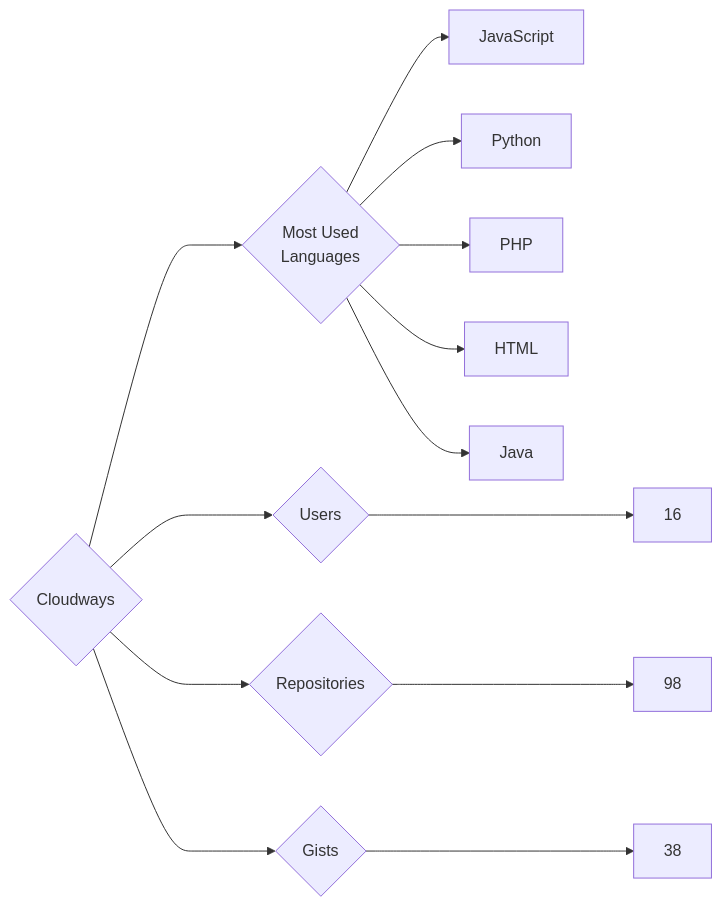
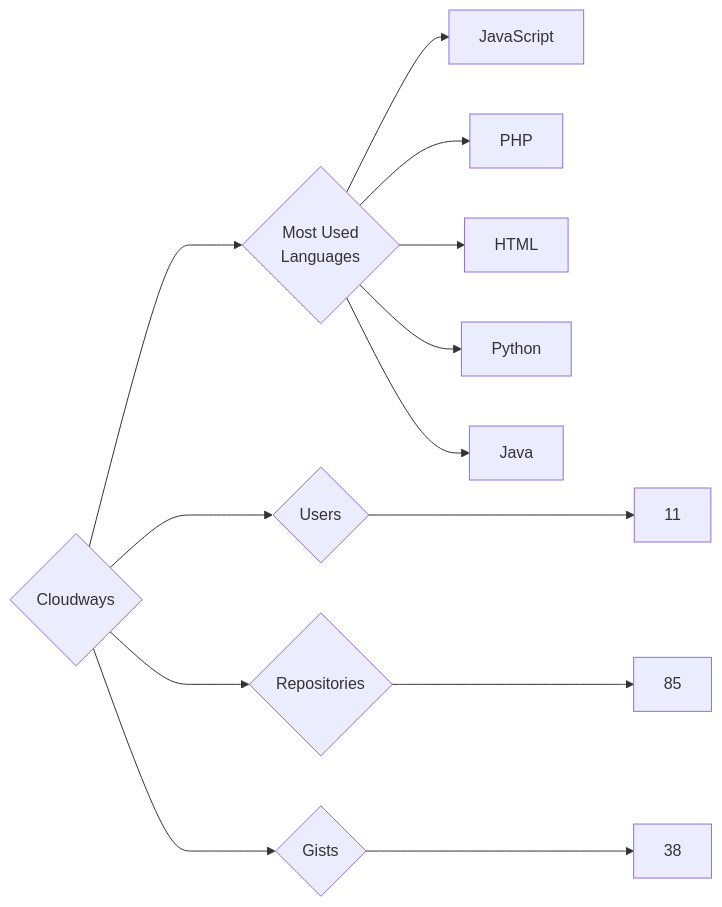
The diagram in targets/Cloudways/README.md (trickest/insiders), drawn with Mermaid before and after one commit. The commit also changed 934 other files, not shown here.

````diff
--- a/targets/Cloudways/README.md
+++ b/targets/Cloudways/README.md
@@ -3,13 +3,13 @@
 ```mermaid
 graph LR
 COMPANY_NAME{Cloudways}
-COMPANY_NAME ---> U{Users} ---> UN[16]
-COMPANY_NAME ---> R{Repositories} ---> RN[98]
+COMPANY_NAME ---> U{Users} ---> UN[11]
+COMPANY_NAME ---> R{Repositories} ---> RN[85]
 COMPANY_NAME ---> G{Gists} ---> GN[38]
 COMPANY_NAME ---> ML{Most Used<br>Languages}
 ML --> JavaScript[JavaScript]
-ML --> Python[Python]
 ML --> PHP[PHP]
 ML --> HTML[HTML]
+ML --> Python[Python]
 ML --> Java[Java]
 ```
````
